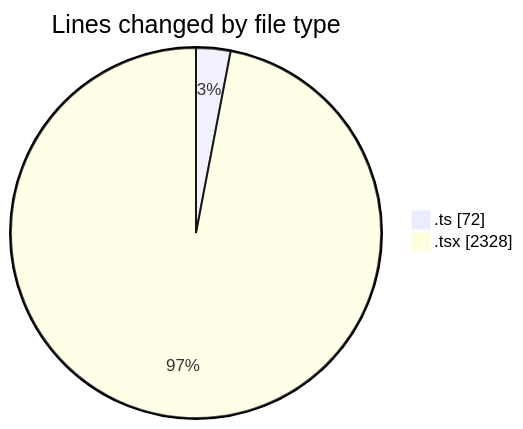
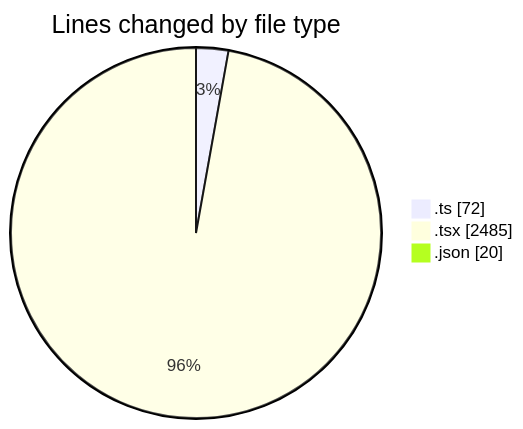
Before and after one commit to momahboobian/code-tracking: the first of 2 diagrams in 2025-09-25/cda/README.md, drawn with Mermaid. The commit also changed other lines of this file and 1 other file, not shown here.

````diff
--- a/2025-09-25/cda/README.md
+++ b/2025-09-25/cda/README.md
@@ -30,6 +32,7 @@
 ```mermaid
 pie showData
 title Lines changed by file type
 ".ts" : 72
-".tsx" : 2328
+".tsx" : 2485
+".json" : 20
 ```
````
